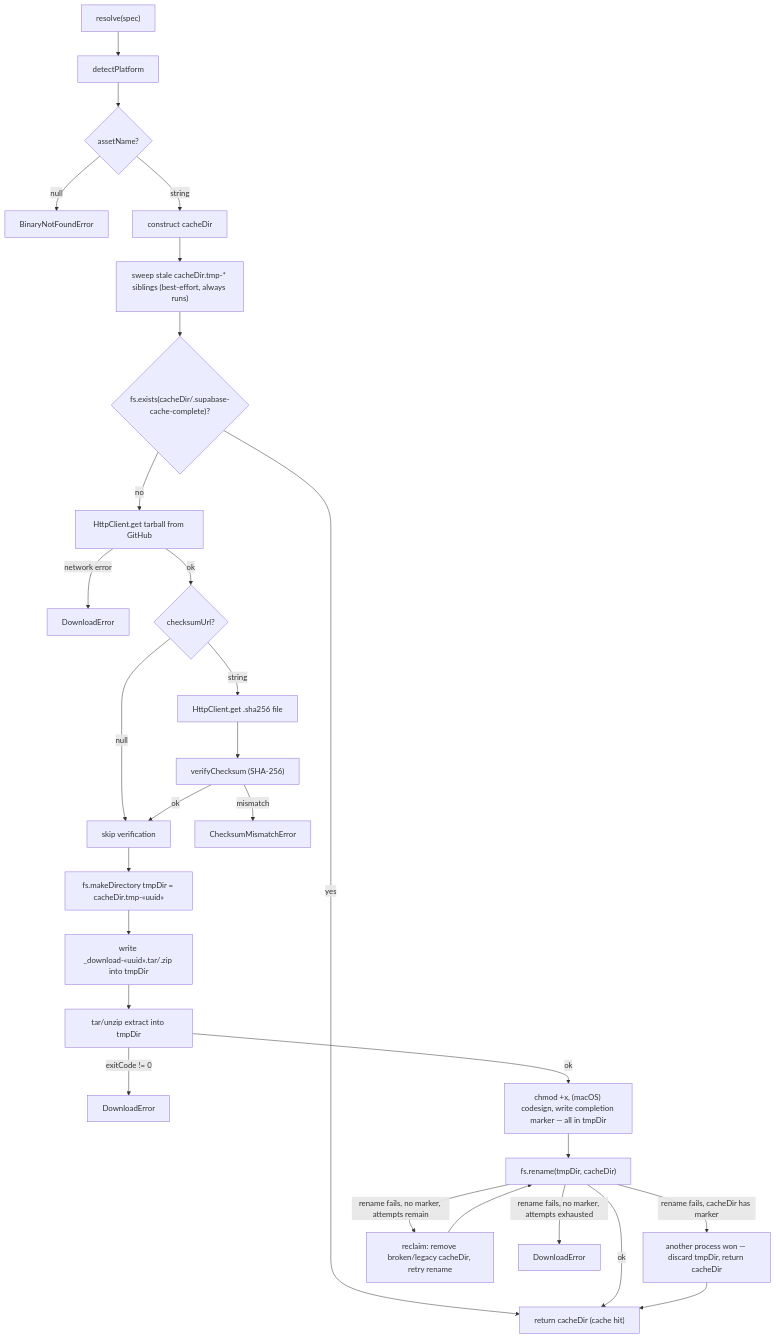
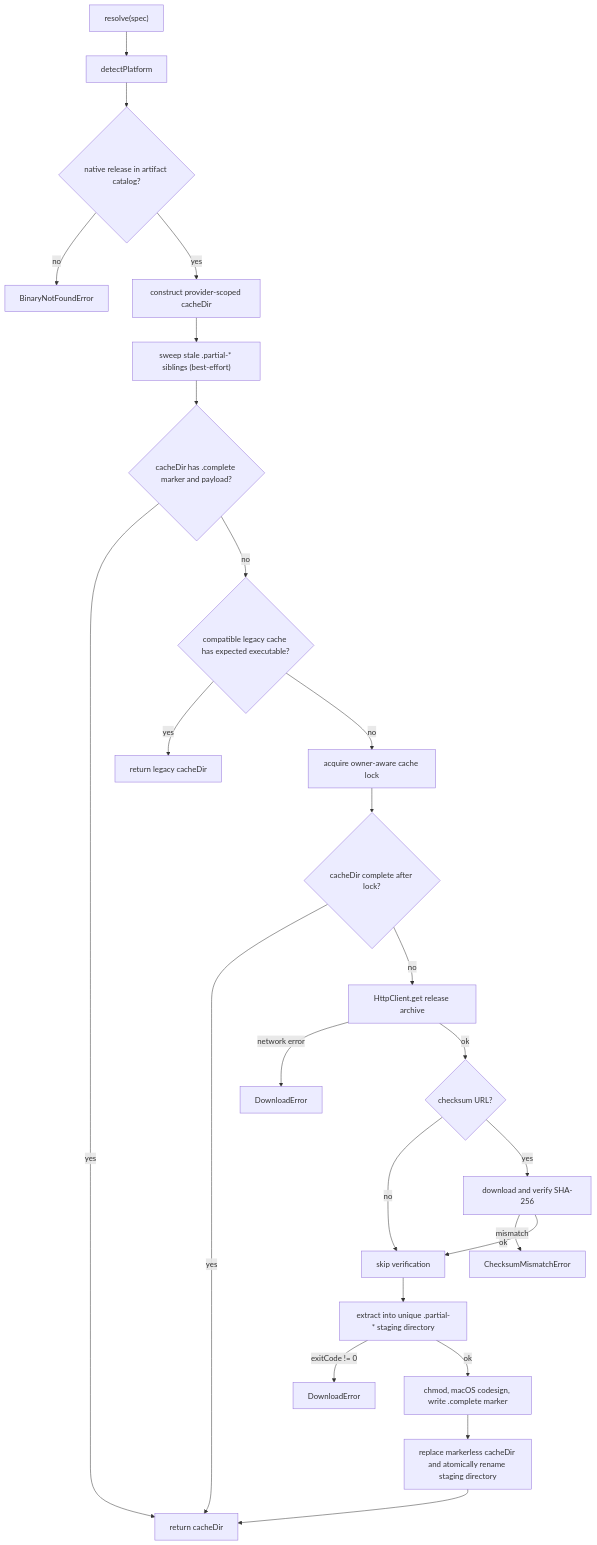
One commit to supabase/cli changed the fourth of 9 diagrams in packages/stack/docs/architecture.md. Above: the diagram before and after it, drawn with Mermaid. The commit also changed other lines of this file and 9 other files, not shown here.

````diff
--- a/packages/stack/docs/architecture.md
+++ b/packages/stack/docs/architecture.md
@@ -265,30 +265,27 @@
 ```mermaid
 flowchart TD
     A["resolve(spec)"] --> B["detectPlatform"]
-    B --> C{"assetName?"}
-    C -->|"null"| D["BinaryNotFoundError"]
-    C -->|"string"| E["construct cacheDir"]
-    E --> F2["sweep stale cacheDir.tmp-* siblings (best-effort, always runs)"]
-    F2 --> F{"fs.exists(cacheDir/.supabase-cache-complete)?"}
-    F -->|"yes"| G["return cacheDir (cache hit)"]
-    F -->|"no"| H["HttpClient.get tarball from GitHub"]
-    H -->|"network error"| I["DownloadError"]
-    H -->|"ok"| J{"checksumUrl?"}
-    J -->|"null"| L["skip verification"]
-    J -->|"string"| K["HttpClient.get .sha256 file"]
-    K --> M["verifyChecksum (SHA-256)"]
-    M -->|"mismatch"| N["ChecksumMismatchError"]
-    M -->|"ok"| L
-    L --> O["fs.makeDirectory tmpDir = cacheDir.tmp-«uuid»"]
-    O --> P["write _download-«uuid».tar/.zip into tmpDir"]
-    P --> Q["tar/unzip extract into tmpDir"]
-    Q -->|"exitCode != 0"| R["DownloadError"]
-    Q -->|"ok"| T["chmod +x, (macOS) codesign, write completion marker — all in tmpDir"]
-    T --> U["fs.rename(tmpDir, cacheDir)"]
-    U -->|"ok"| G
-    U -->|"rename fails, cacheDir has marker"| V["another process won — discard tmpDir, return cacheDir"]
-    U -->|"rename fails, no marker, attempts remain"| W["reclaim: remove broken/legacy cacheDir, retry rename"]
-    U -->|"rename fails, no marker, attempts exhausted"| X["DownloadError"]
-    W --> U
-    V --> G
+    B --> C{"native release in artifact catalog?"}
+    C -->|"no"| D["BinaryNotFoundError"]
+    C -->|"yes"| E["construct provider-scoped cacheDir"]
+    E --> F["sweep stale .partial-* siblings (best-effort)"]
+    F --> G{"cacheDir has .complete marker and payload?"}
+    G -->|"yes"| H["return cacheDir"]
+    G -->|"no"| I{"compatible legacy cache has expected executable?"}
+    I -->|"yes"| J["return legacy cacheDir"]
+    I -->|"no"| K["acquire owner-aware cache lock"]
+    K --> L{"cacheDir complete after lock?"}
+    L -->|"yes"| H
+    L -->|"no"| M["HttpClient.get release archive"]
+    M -->|"network error"| N["DownloadError"]
+    M -->|"ok"| O{"checksum URL?"}
+    O -->|"no"| Q["skip verification"]
+    O -->|"yes"| P["download and verify SHA-256"]
+    P -->|"mismatch"| R["ChecksumMismatchError"]
+    P -->|"ok"| Q
+    Q --> S["extract into unique .partial-* staging directory"]
+    S -->|"exitCode != 0"| T["DownloadError"]
+    S -->|"ok"| U["chmod, macOS codesign, write .complete marker"]
+    U --> V["replace markerless cacheDir and atomically rename staging directory"]
+    V --> H
 ```
````
